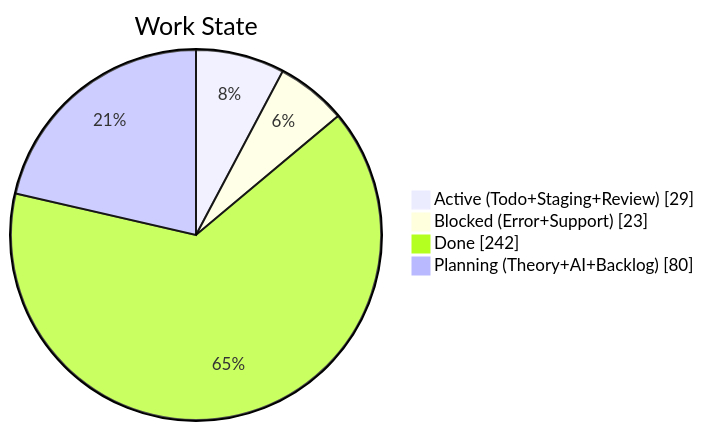
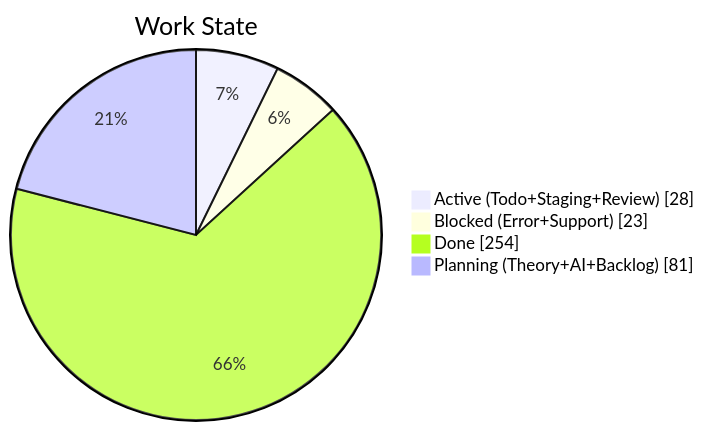
One commit to KBVE/kbve changed the second of 4 diagrams in apps/kbve/astro-kbve/src/content/docs/dashboard/kanban-data.mdx. Above: the diagram before and after it, drawn with Mermaid. The commit also changed other lines of this file and 2 other files, not shown here.

````diff
--- a/apps/kbve/astro-kbve/src/content/docs/dashboard/kanban-data.mdx
+++ b/apps/kbve/astro-kbve/src/content/docs/dashboard/kanban-data.mdx
@@ -204,8 +204,8 @@
 ```mermaid
 pie showData
     title Work State
-    "Active (Todo+Staging+Review)" : 29
+    "Active (Todo+Staging+Review)" : 28
     "Blocked (Error+Support)" : 23
-    "Done" : 242
-    "Planning (Theory+AI+Backlog)" : 80
+    "Done" : 254
+    "Planning (Theory+AI+Backlog)" : 81
 ```
````
